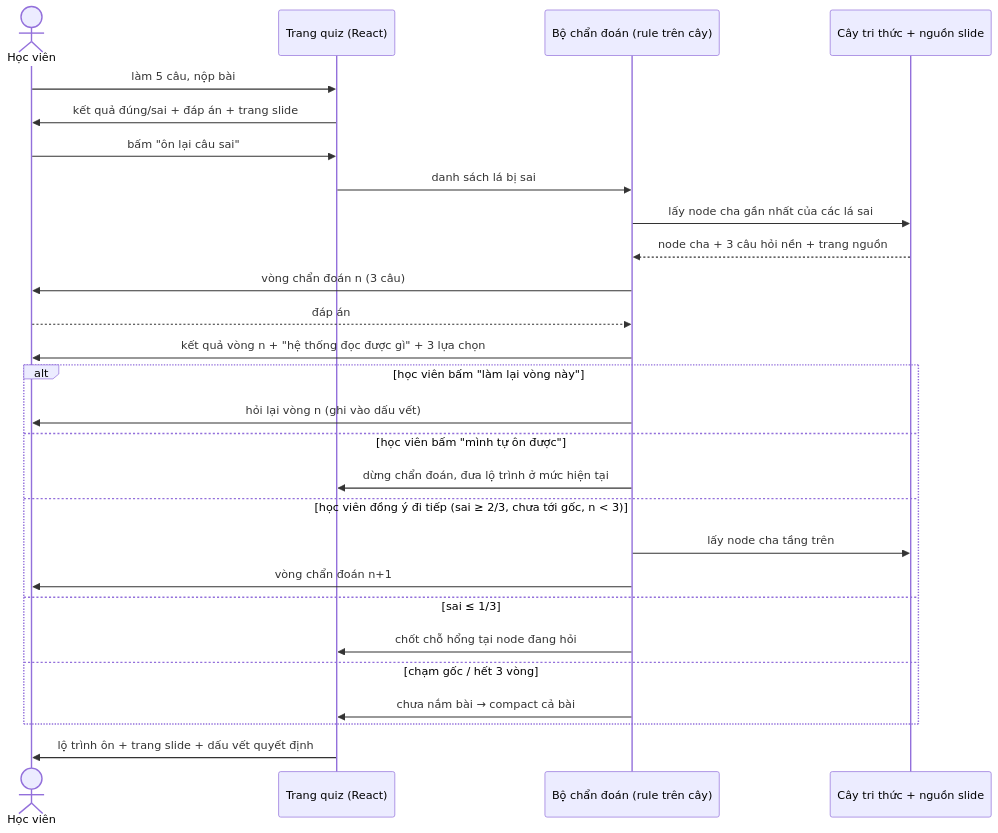
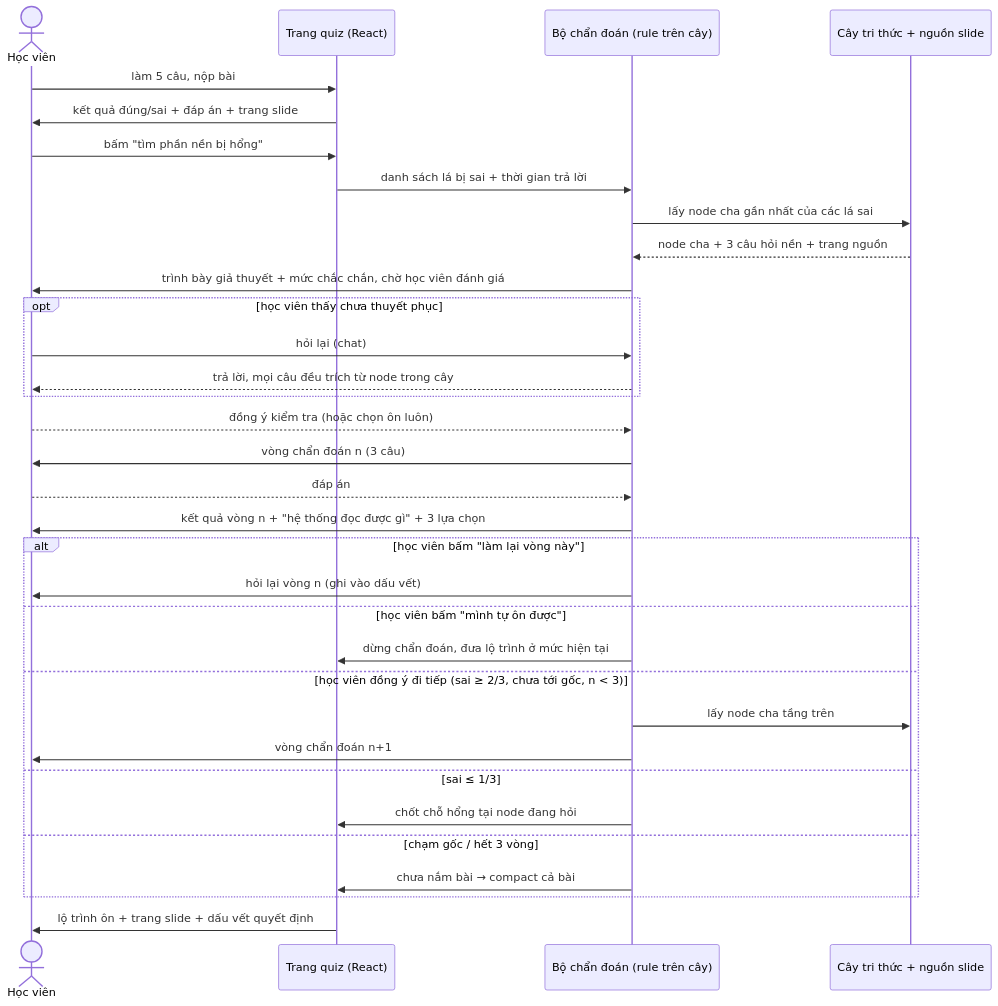
One commit to Le-Anh-Duy/K4-3B-E402-ColdBrew changed the second of 2 diagrams in mockup/flow.md. Above: the diagram before and after it, drawn with Mermaid. The commit also changed other lines of this file and 2 other files, not shown here.

Commit message:
Thêm màn AI trình bày giả thuyết + chat hỏi lại trước khi chẩn đoán
- stage 'analysis': tín hiệu thu được, giả thuyết, mức chắc chắn
- 3 lựa chọn: kiểm tra 3 câu nền / ôn luôn / chat hỏi thêm
- chat mock trả lời theo node đang nghi, luôn kèm trang nguồn;
  câu hỏi của học viên vào dấu vết quyết định
- flow.md cập nhật flowchart + sequence + quy tắc

````diff
--- a/mockup/flow.md
+++ b/mockup/flow.md
@@ -33,30 +36,36 @@
 ```mermaid
 sequenceDiagram
   actor HV as Học viên
   participant UI as Trang quiz (React)
   participant DX as Bộ chẩn đoán (rule trên cây)
   participant KB as Cây tri thức + nguồn slide
 
   HV->>UI: làm 5 câu, nộp bài
   UI->>HV: kết quả đúng/sai + đáp án + trang slide
-  HV->>UI: bấm "ôn lại câu sai"
-  UI->>DX: danh sách lá bị sai
+  HV->>UI: bấm "tìm phần nền bị hổng"
+  UI->>DX: danh sách lá bị sai + thời gian trả lời
   DX->>KB: lấy node cha gần nhất của các lá sai
   KB-->>DX: node cha + 3 câu hỏi nền + trang nguồn
+  DX->>HV: trình bày giả thuyết + mức chắc chắn, chờ học viên đánh giá
+  opt học viên thấy chưa thuyết phục
+    HV->>DX: hỏi lại (chat)
+    DX-->>HV: trả lời, mọi câu đều trích từ node trong cây
+  end
+  HV-->>DX: đồng ý kiểm tra (hoặc chọn ôn luôn)
   DX->>HV: vòng chẩn đoán n (3 câu)
   HV-->>DX: đáp án
   DX->>HV: kết quả vòng n + "hệ thống đọc được gì" + 3 lựa chọn
   alt học viên bấm "làm lại vòng này"
     DX->>HV: hỏi lại vòng n (ghi vào dấu vết)
   else học viên bấm "mình tự ôn được"
     DX->>UI: dừng chẩn đoán, đưa lộ trình ở mức hiện tại
   else học viên đồng ý đi tiếp (sai ≥ 2/3, chưa tới gốc, n < 3)
     DX->>KB: lấy node cha tầng trên
     DX->>HV: vòng chẩn đoán n+1
   else sai ≤ 1/3
     DX->>UI: chốt chỗ hổng tại node đang hỏi
   else chạm gốc / hết 3 vòng
     DX->>UI: chưa nắm bài → compact cả bài
   end
   UI->>HV: lộ trình ôn + trang slide + dấu vết quyết định
 ```
````
